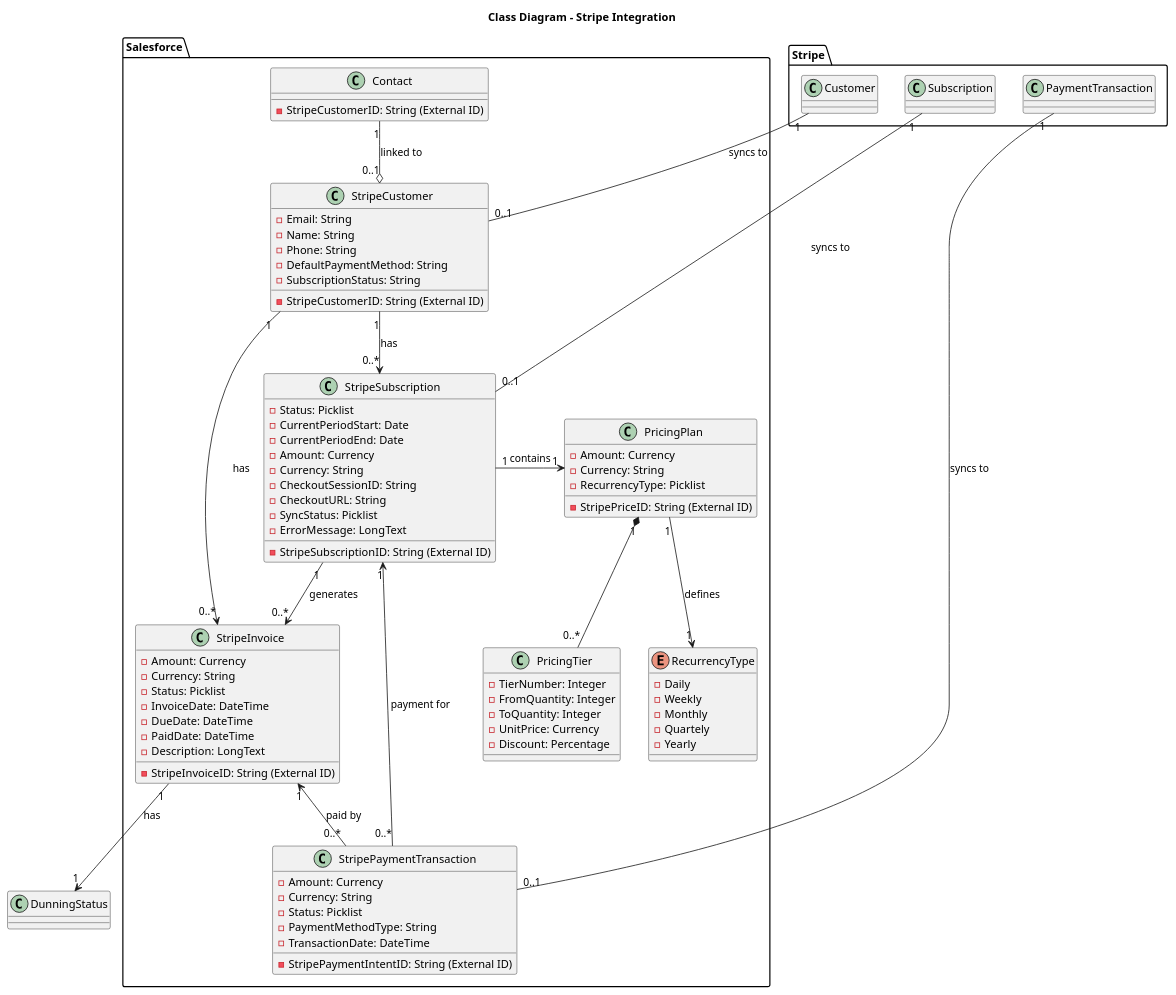
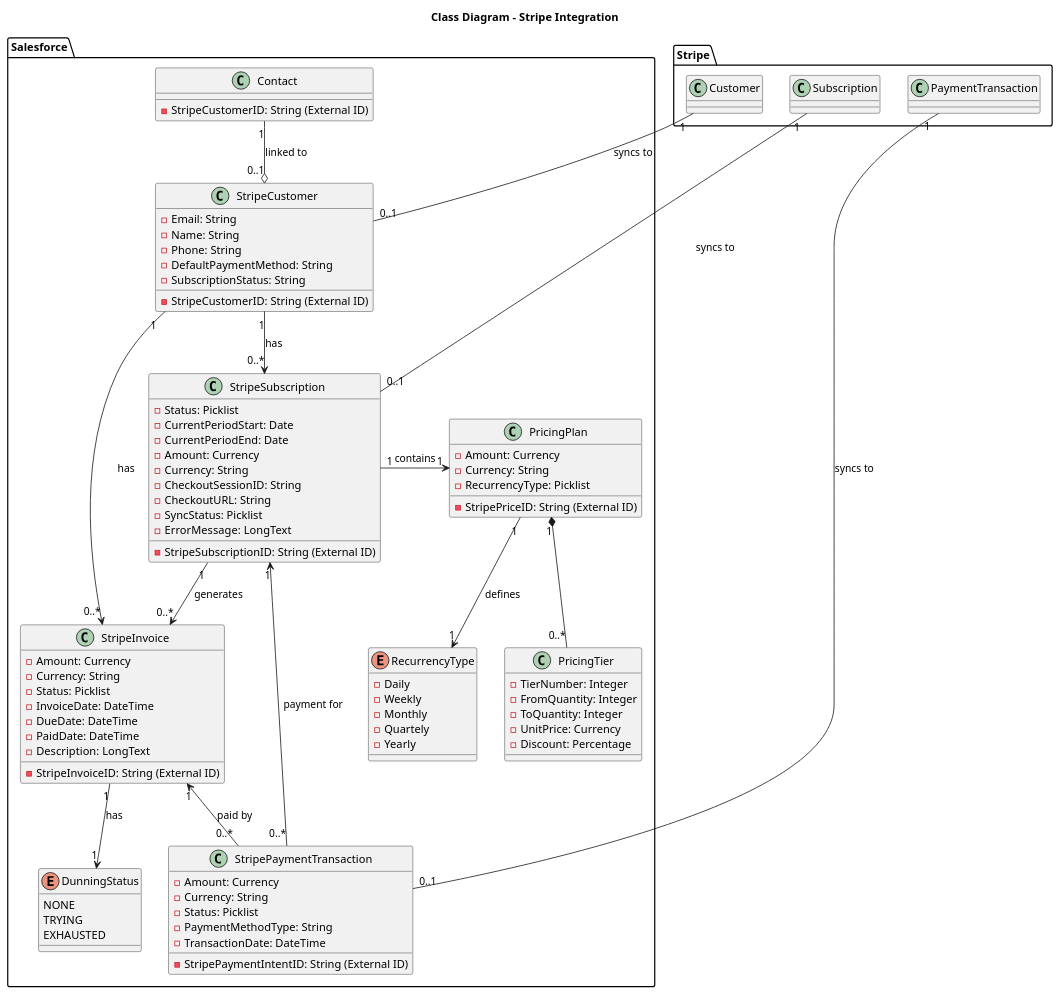
The diagram in diagrams/dataModel.puml (Cloud-Code-Academy/salesforce-stripe-payment-processing-mtb), drawn with PlantUML before and after one commit.

Commit message:
change: dunning status on data model

```diff
--- a/diagrams/dataModel.puml
+++ b/diagrams/dataModel.puml
@@ -1,90 +1,96 @@
 @startuml Class Diagram
 
 title Class Diagram - Stripe Integration
 
 package Stripe{
     class Customer
     class Subscription
     class PaymentTransaction
 }
 
 package Salesforce {
     class Contact {
         - StripeCustomerID: String (External ID)
     }
     class StripeCustomer {
         - StripeCustomerID: String (External ID)
         - Email: String
         - Name: String
         - Phone: String
         - DefaultPaymentMethod: String
         - SubscriptionStatus: String
     }
     class StripeSubscription {
         - StripeSubscriptionID: String (External ID)
         - Status: Picklist
         - CurrentPeriodStart: Date
         - CurrentPeriodEnd: Date
         - Amount: Currency
         - Currency: String
         - CheckoutSessionID: String
         - CheckoutURL: String
         - SyncStatus: Picklist
         - ErrorMessage: LongText
     }
     class StripePaymentTransaction {
         - StripePaymentIntentID: String (External ID)
         - Amount: Currency
         - Currency: String
         - Status: Picklist
         - PaymentMethodType: String
         - TransactionDate: DateTime
     }
      class StripeInvoice {
         - StripeInvoiceID: String (External ID)
         - Amount: Currency
         - Currency: String
         - Status: Picklist
         - InvoiceDate: DateTime
         - DueDate: DateTime
         - PaidDate: DateTime
         - Description: LongText
     }
     class PricingPlan {
         - StripePriceID: String (External ID)
         - Amount: Currency
         - Currency: String
         - RecurrencyType: Picklist
     }
     enum RecurrencyType {
         - Daily
         - Weekly
         - Monthly
         - Quartely
         - Yearly
     }
     class PricingTier {
         - TierNumber: Integer
         - FromQuantity: Integer
         - ToQuantity: Integer
         - UnitPrice: Currency
         - Discount: Percentage
     }
+
+    enum DunningStatus {
+        NONE
+        TRYING
+        EXHAUSTED
+    }
 }
 
 Customer "1" -- "0..1" StripeCustomer : syncs to
 Subscription "1" -- "0..1" StripeSubscription : syncs to
 PaymentTransaction "1" -- "0..1" StripePaymentTransaction : syncs to
 
 Contact "1" --o "0..1" StripeCustomer : linked to
 StripeCustomer "1" --> "0..*" StripeSubscription : has
 StripeCustomer "1" --> "0..*" StripeInvoice : has
 StripeSubscription "1" -l-> "1" PricingPlan : contains
 StripeSubscription "1" --> "0..*" StripeInvoice : generates
 StripeSubscription "1" <-- "0..*" StripePaymentTransaction : payment for
 StripeInvoice "1" --> "1" DunningStatus : has
 StripeInvoice "1" <-- "0..*" StripePaymentTransaction : paid by
 PricingPlan "1" --> "1" RecurrencyType : defines
 PricingPlan "1" *-- "0..*" PricingTier
 
 @enduml
```
